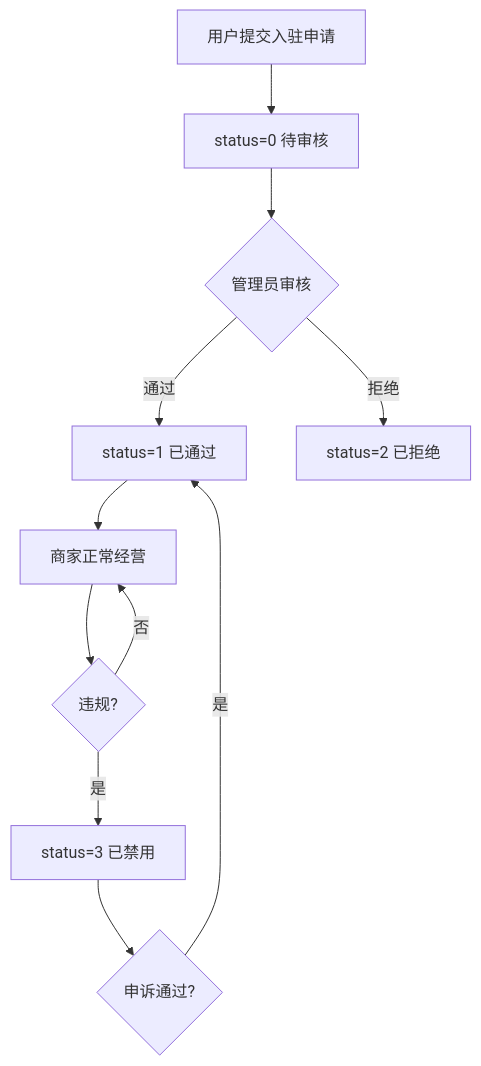
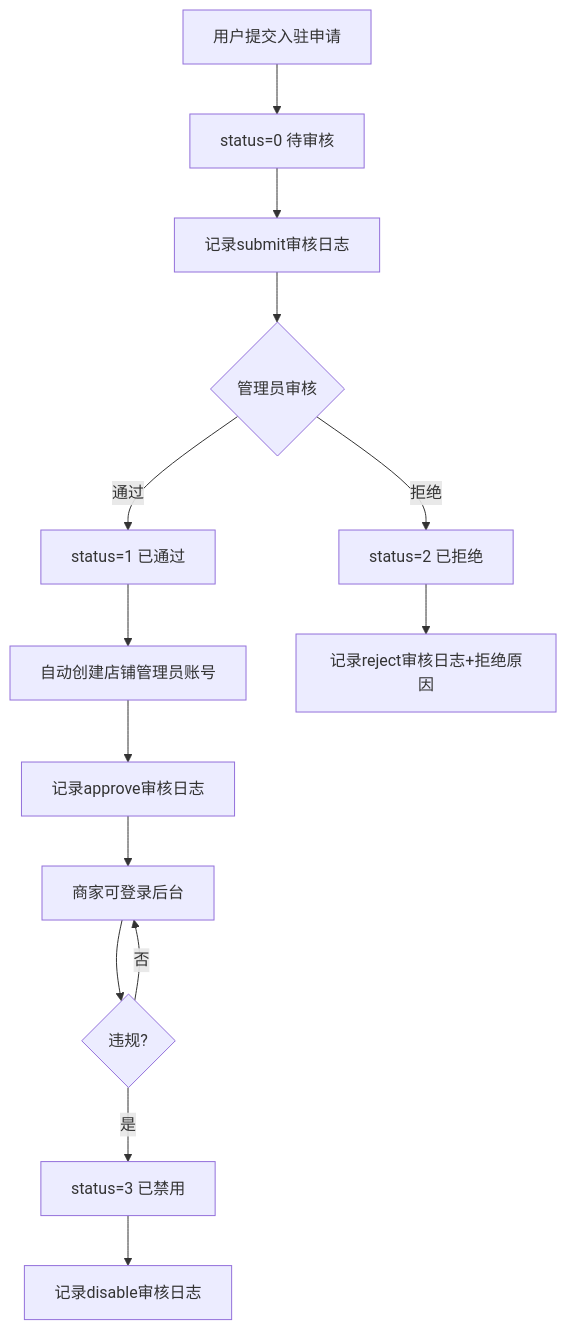
Before and after one commit to aliquanhou/tllos-mall: the diagram in backend/resources/docs/modules/merchant/list.md, drawn with Mermaid. The commit also changed other lines of this file and 3 other files, not shown here.

````diff
--- a/backend/resources/docs/modules/merchant/list.md
+++ b/backend/resources/docs/modules/merchant/list.md
@@ -86,13 +118,16 @@
 ```mermaid
 flowchart TD
     A[用户提交入驻申请] --> B[status=0 待审核]
-    B --> C{管理员审核}
-    C -->|通过| D[status=1 已通过]
-    C -->|拒绝| E[status=2 已拒绝]
-    D --> F[商家正常经营]
-    F --> G{违规?}
-    G -->|是| H[status=3 已禁用]
-    G -->|否| F
-    H --> I{申诉通过?}
-    I -->|是| D
+    B --> C[记录submit审核日志]
+    C --> D{管理员审核}
+    D -->|通过| E[status=1 已通过]
+    D -->|拒绝| F[status=2 已拒绝]
+    E --> G[自动创建店铺管理员账号]
+    G --> H[记录approve审核日志]
+    H --> I[商家可登录后台]
+    F --> J[记录reject审核日志+拒绝原因]
+    I --> K{违规?}
+    K -->|是| L[status=3 已禁用]
+    K -->|否| I
+    L --> M[记录disable审核日志]
 ```
````
